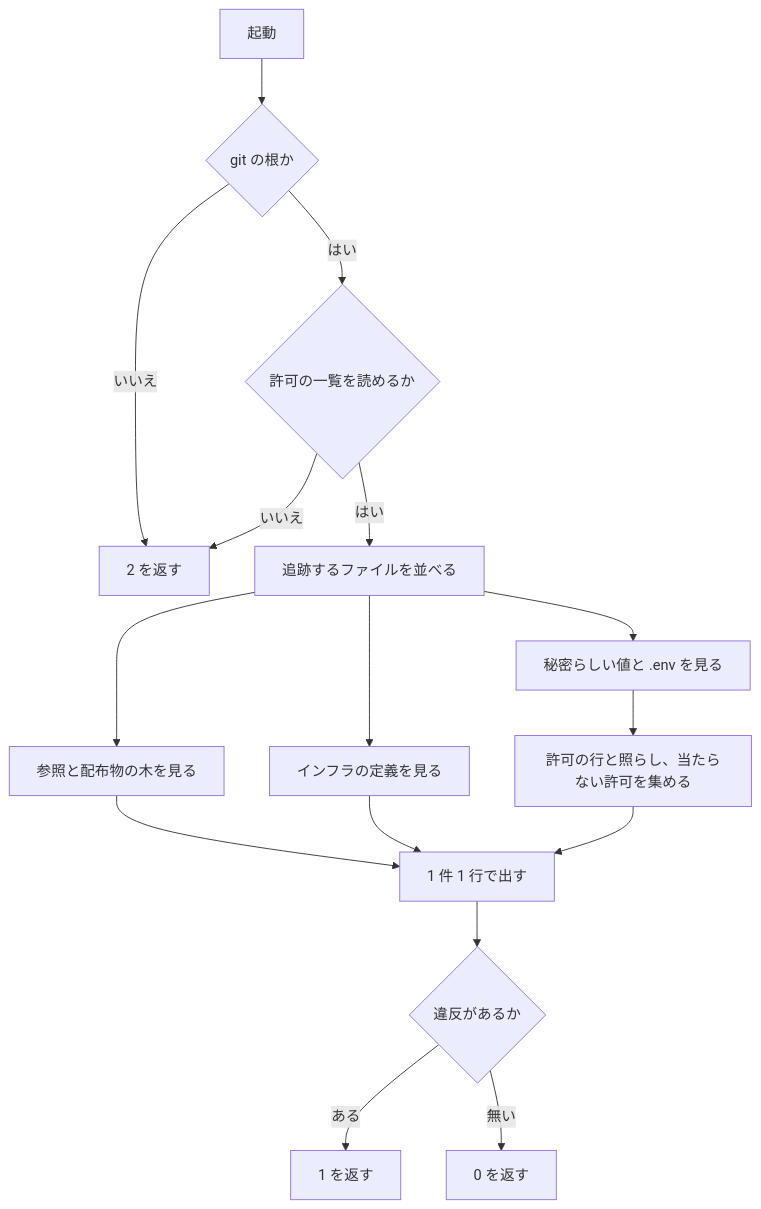
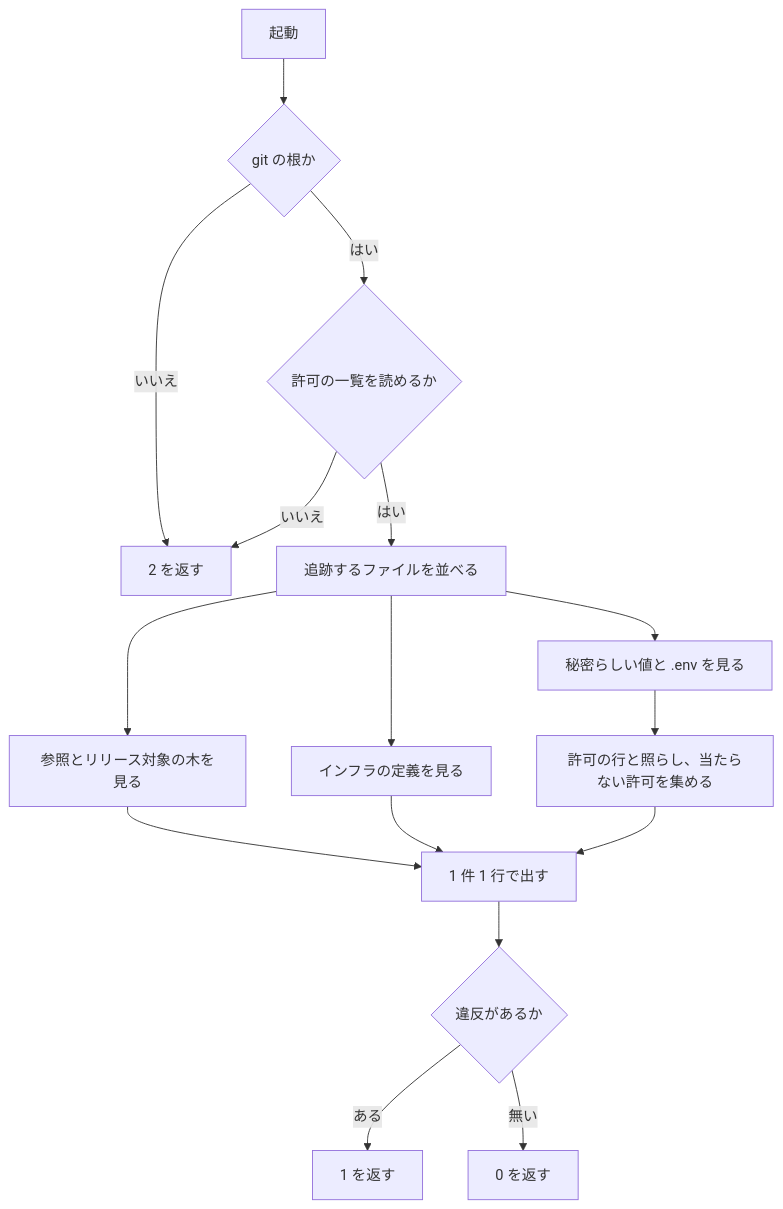
The first of 6 diagrams in docs/specifications/ndf-factory-service-boundary.md (devbasex/ai-plugins), drawn with Mermaid before and after one commit. The commit also changed other lines of this file and 79 other files, not shown here.

````diff
--- a/docs/specifications/ndf-factory-service-boundary.md
+++ b/docs/specifications/ndf-factory-service-boundary.md
@@ -79,18 +79,18 @@
 ```mermaid
 graph TD
     S[起動] --> G{git の根か}
     G -->|いいえ| E2[2 を返す]
     G -->|はい| A{許可の一覧を読めるか}
     A -->|いいえ| E2
     A -->|はい| L[追跡するファイルを並べる]
-    L --> R[参照と配布物の木を見る]
+    L --> R[参照とリリース対象の木を見る]
     L --> I[インフラの定義を見る]
     L --> K[秘密らしい値と .env を見る]
     K --> M[許可の行と照らし、当たらない許可を集める]
     R --> O[1 件 1 行で出す]
     I --> O
     M --> O
     O --> X{違反があるか}
     X -->|ある| E1[1 を返す]
     X -->|無い| E0[0 を返す]
 ```
````
